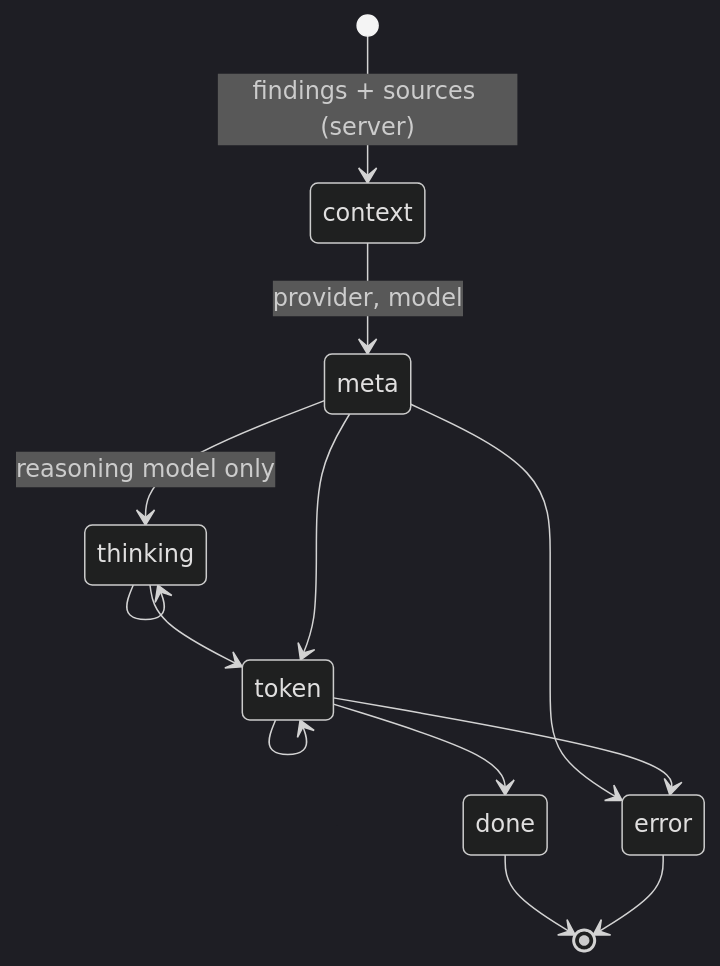
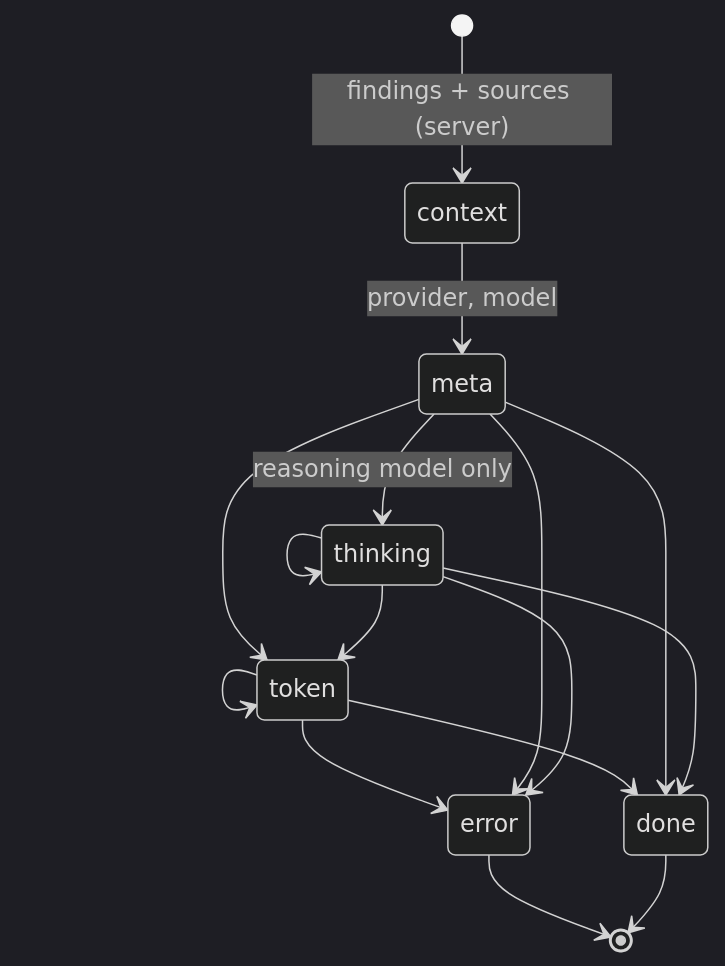
The second of 2 diagrams in docs/architecture/components/ai-layer.md (Animesh2507/dds-autodiag), drawn with Mermaid (dark theme) before and after one commit. The commit also changed other lines of this file and 35 other files, not shown here.

````diff
--- a/docs/architecture/components/ai-layer.md
+++ b/docs/architecture/components/ai-layer.md
@@ -62,15 +64,18 @@
 ```mermaid
 stateDiagram-v2
     [*] --> context: findings + sources (server)
     context --> meta: provider, model
     meta --> thinking: reasoning model only
     thinking --> thinking
     thinking --> token
+    thinking --> done
+    thinking --> error
     meta --> token
+    meta --> done
     token --> token
     token --> done
     meta --> error
     token --> error
     done --> [*]
     error --> [*]
 ```
````
